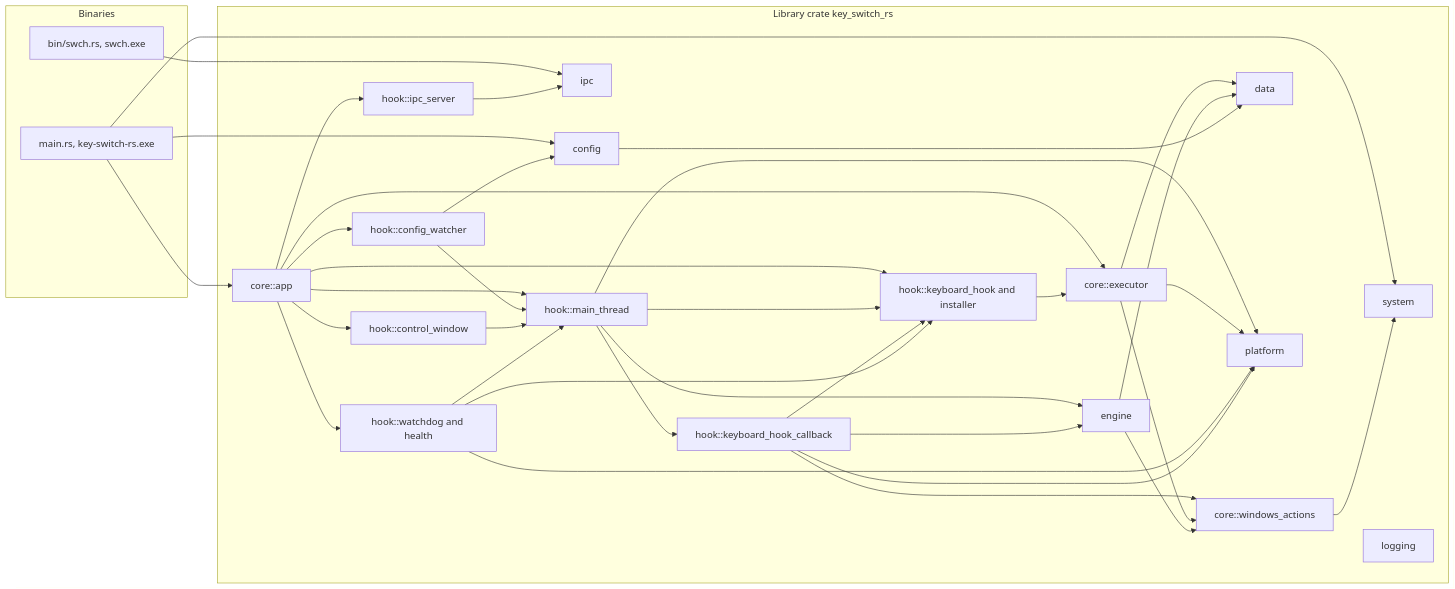
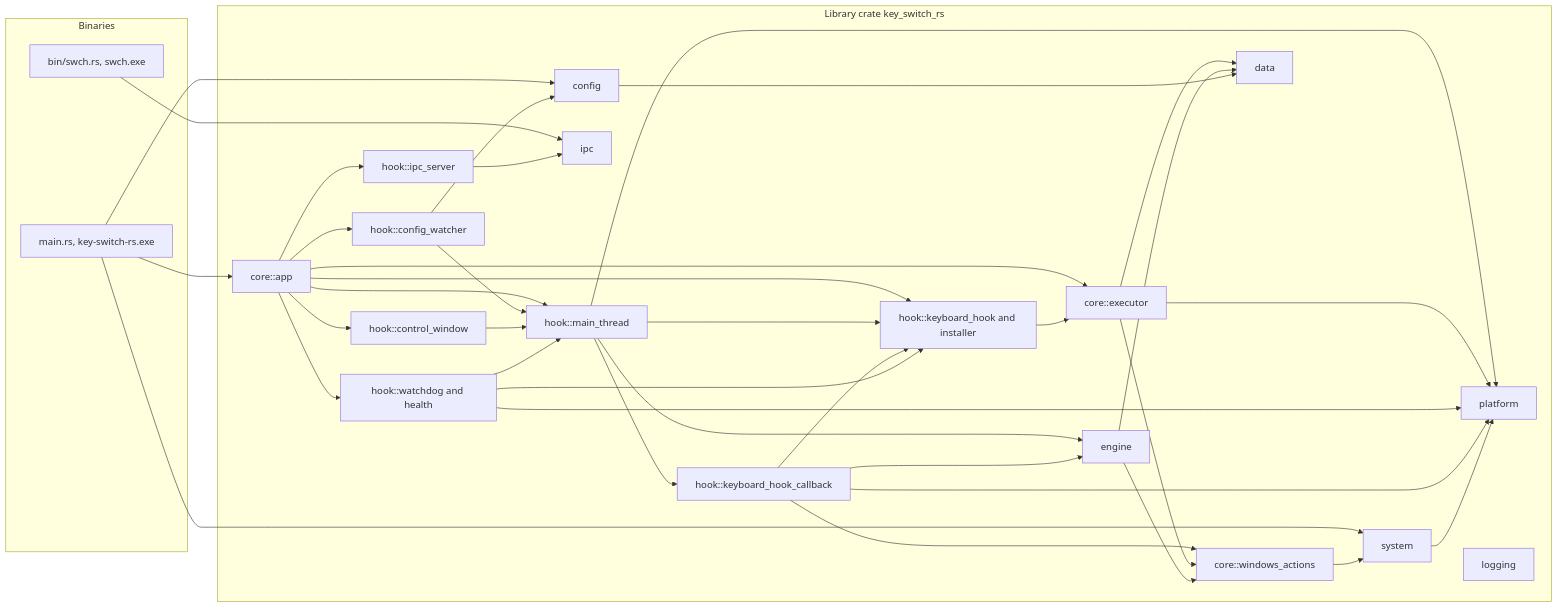
One commit to bluesteelll/key-switch-rs changed the first of 8 diagrams in book/src/architecture.md. Above: the diagram before and after it, drawn with Mermaid. The commit also changed other lines of this file and 3 other files, not shown here.

````diff
--- a/book/src/architecture.md
+++ b/book/src/architecture.md
@@ -35,60 +35,61 @@
 ```mermaid
 flowchart LR
     subgraph BINS["Binaries"]
         MAINRS["main.rs, key-switch-rs.exe"]
         SWCH["bin/swch.rs, swch.exe"]
     end
     subgraph LIB["Library crate key_switch_rs"]
         APP["core::app"]
         EXE["core::executor"]
         ACT["core::windows_actions"]
         CFG["config"]
         IPCP["ipc"]
         IPCS["hook::ipc_server"]
         WATCH["hook::config_watcher"]
         MAINT["hook::main_thread"]
         KH["hook::keyboard_hook and installer"]
         CB["hook::keyboard_hook_callback"]
         CW["hook::control_window"]
         WD["hook::watchdog and health"]
         ENG["engine"]
         DATA["data"]
         PLAT["platform"]
         SYS["system"]
         LOGM["logging"]
     end
     MAINRS --> CFG
     MAINRS --> APP
     MAINRS --> SYS
     SWCH --> IPCP
     APP --> MAINT
     APP --> KH
     APP --> EXE
     APP --> CW
     APP --> WD
     APP --> IPCS
     APP --> WATCH
     IPCS --> IPCP
     WATCH --> CFG
     WATCH --> MAINT
     MAINT --> ENG
     MAINT --> CB
     MAINT --> KH
     CB --> ENG
     CB --> ACT
     CB --> KH
     CW --> MAINT
     WD --> MAINT
     WD --> KH
     KH --> EXE
     EXE --> ACT
     EXE --> DATA
     ENG --> DATA
     ENG --> ACT
     CFG --> DATA
     ACT --> SYS
     MAINT --> PLAT
     EXE --> PLAT
     WD --> PLAT
     CB --> PLAT
+    SYS --> PLAT
 ```
````
